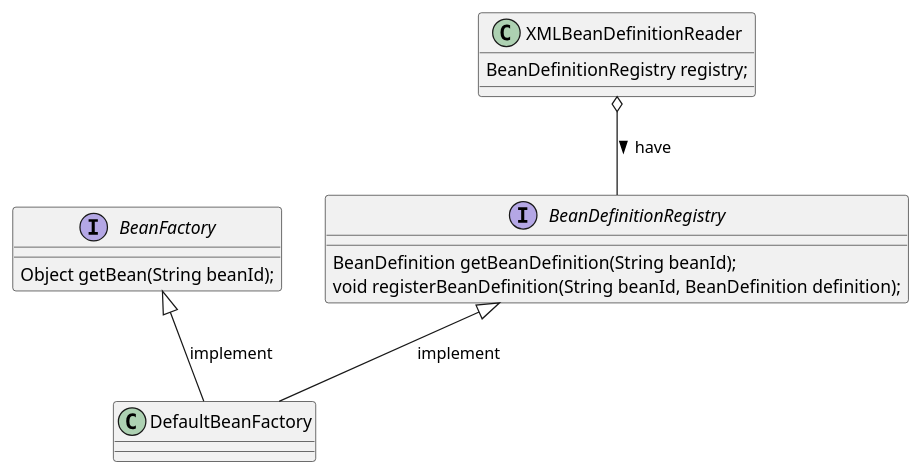
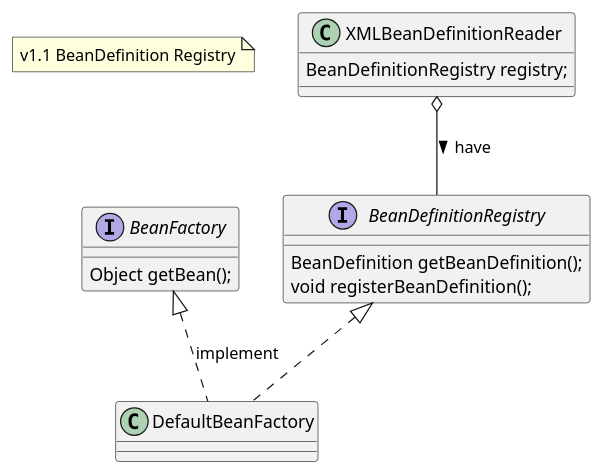
One commit to Kuangcp/TechGraph changed the diagram in UML/Spring/BeanFactory.wsd. Above: the diagram before and after it, drawn with PlantUML. The commit also changed 1 other file, not shown here.

```diff
--- a/UML/Spring/BeanFactory.wsd
+++ b/UML/Spring/BeanFactory.wsd
@@ -1,23 +1,25 @@
 @startuml BeanFactory
 
+note "v1.1 BeanDefinition Registry" as Tip
+
 interface BeanDefinitionRegistry {
-  BeanDefinition getBeanDefinition(String beanId);
-  void registerBeanDefinition(String beanId, BeanDefinition definition);
+  BeanDefinition getBeanDefinition();
+  void registerBeanDefinition();
 }
 
 interface BeanFactory {
-  Object getBean(String beanId);
+  Object getBean();
 }
 
 class DefaultBeanFactory {
 }
 
 class XMLBeanDefinitionReader {
-    BeanDefinitionRegistry registry;
+  BeanDefinitionRegistry registry;
 }
 
-BeanFactory <|-- DefaultBeanFactory : implement
-BeanDefinitionRegistry <|-- DefaultBeanFactory : implement
+BeanFactory <|.. DefaultBeanFactory : implement
+BeanDefinitionRegistry <|.. DefaultBeanFactory 
 XMLBeanDefinitionReader o-- BeanDefinitionRegistry : have >
 
 @enduml
```
